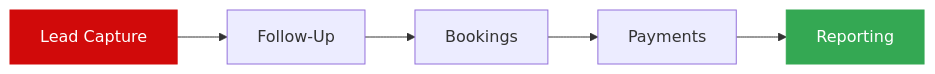
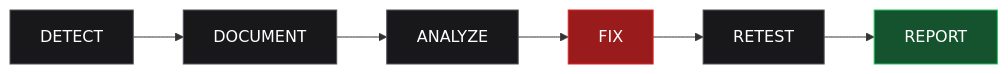
One commit to adnanjameel-ghl/ghl-audit-checklist changed the second of 2 diagrams in README.md. Above: the diagram before and after it, drawn with Mermaid. The commit also changed other lines of this file, not shown here.

````diff
--- a/README.md
+++ b/README.md
@@ -39,9 +275,15 @@
 ```mermaid
 flowchart LR
-    A[Lead Capture] --> B[Follow-Up]
-    B --> C[Bookings]
-    C --> D[Payments]
-    D --> E[Reporting]
-    style A fill:#D10A0A,color:#fff,stroke:#D10A0A
-    style E fill:#34A853,color:#fff,stroke:#34A853
+    A["DETECT"] --> B["DOCUMENT"]
+    B --> C["ANALYZE"]
+    C --> D["FIX"]
+    D --> E["RETEST"]
+    E --> F["REPORT"]
+
+    style A fill:#18181B,color:#fff,stroke:#52525B
+    style B fill:#18181B,color:#fff,stroke:#52525B
+    style C fill:#18181B,color:#fff,stroke:#52525B
+    style D fill:#991B1B,color:#fff,stroke:#DC2626
+    style E fill:#18181B,color:#fff,stroke:#52525B
+    style F fill:#14532D,color:#fff,stroke:#22C55E
 ```
````
